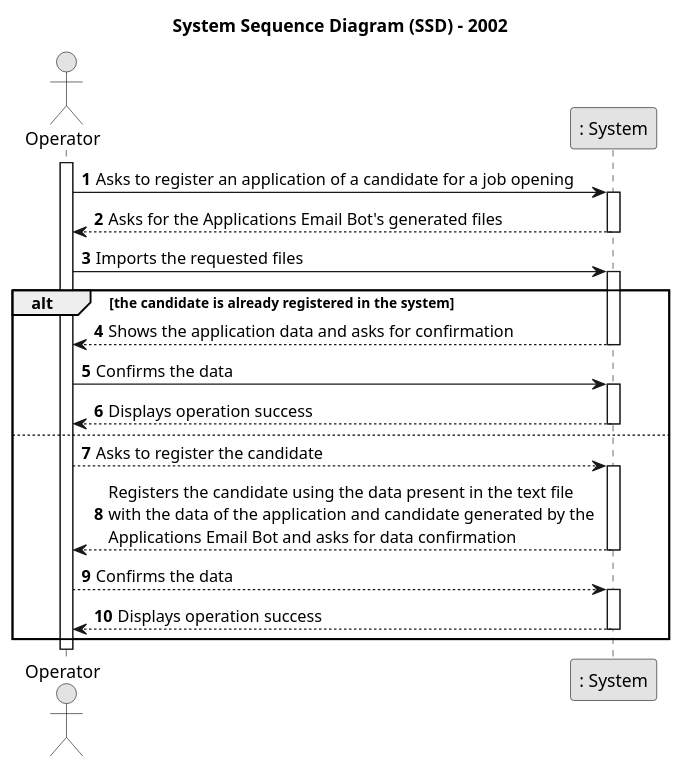
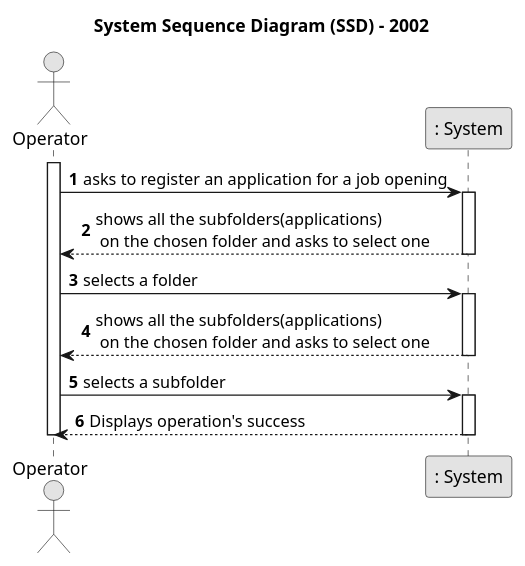
Before and after one commit to MiguelCardoso77/LAPR4: the diagram in docs/SprintB/register-an-application/system-sequence-diagram.puml, drawn with PlantUML. The commit also changed 22 other files, not shown here.

Commit message:
Adding the sequence diagram and the class diagram #15

```diff
--- a/docs/SprintB/register-an-application/system-sequence-diagram.puml
+++ b/docs/SprintB/register-an-application/system-sequence-diagram.puml
@@ -1,57 +1,38 @@
 @startuml
 skinparam monochrome true
 skinparam packageStyle rectangle
 skinparam shadowing false
 
 title System Sequence Diagram (SSD) - 2002
 
 autonumber
 
 actor "Operator" as OP
 participant ": System" as System
 
 activate OP
 
-    OP -> System : Asks to register an application of a candidate for a job opening
+    OP -> System : asks to register an application for a job opening
     activate System
 
-        System --> OP : Asks for the Applications Email Bot's generated files
+        System --> OP : shows all the subfolders(applications)\n on the chosen folder and asks to select one
     deactivate System
 
-     OP -> System : Imports the requested files
+     OP -> System : selects a folder
      activate System
 
-    alt the candidate is already registered in the system
+     System --> OP : shows all the subfolders(applications)\n on the chosen folder and asks to select one
 
-        System --> OP : Shows the application data and asks for confirmation
+     deactivate System
+
+     OP -> System : selects a subfolder
+
+    activate System
+
+        System --> OP : Displays operation's success
 
     deactivate System
 
-    OP -> System : Confirms the data
-    activate System
-
-        System --> OP : Displays operation success
-
-    deactivate System
-
-    else
-
-    OP --> System : Asks to register the candidate
-
-    activate System
-
-        System --> OP : Registers the candidate using the data present in the text file \nwith the data of the application and candidate generated by the \nApplications Email Bot and asks for data confirmation
-
-    deactivate System
-
-    OP --> System : Confirms the data
-
-    activate System
-
-        System --> OP : Displays operation success
-
-    deactivate System
-
-    end
+deactivate OP
 
 @enduml
```
